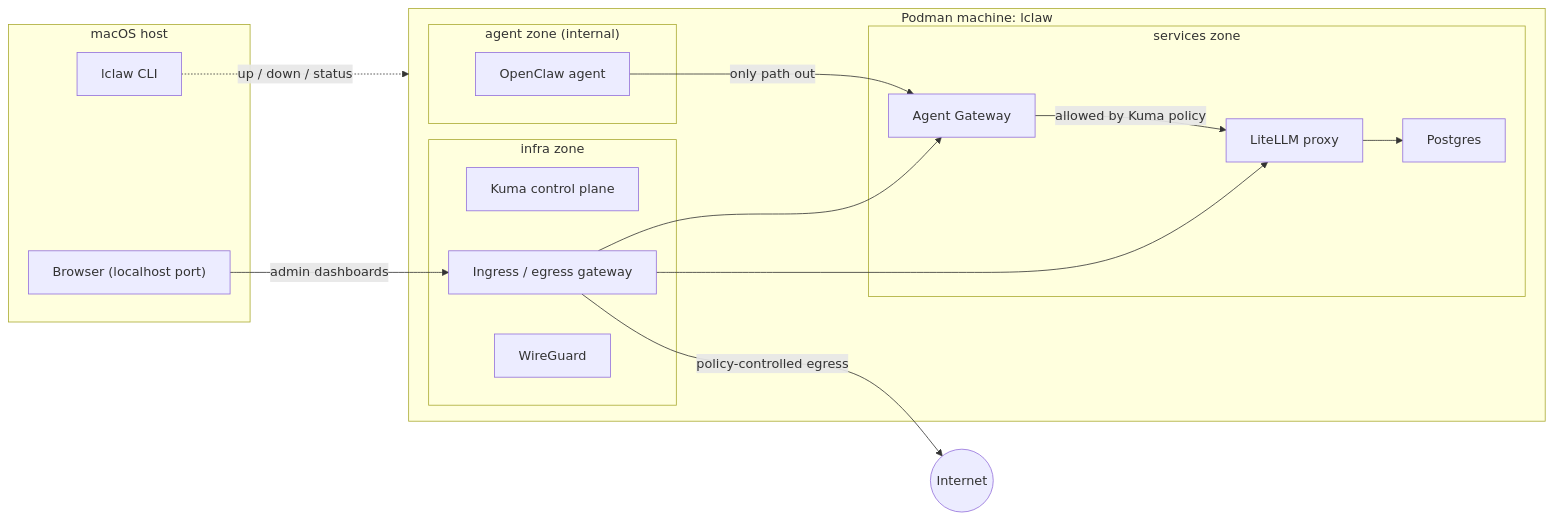
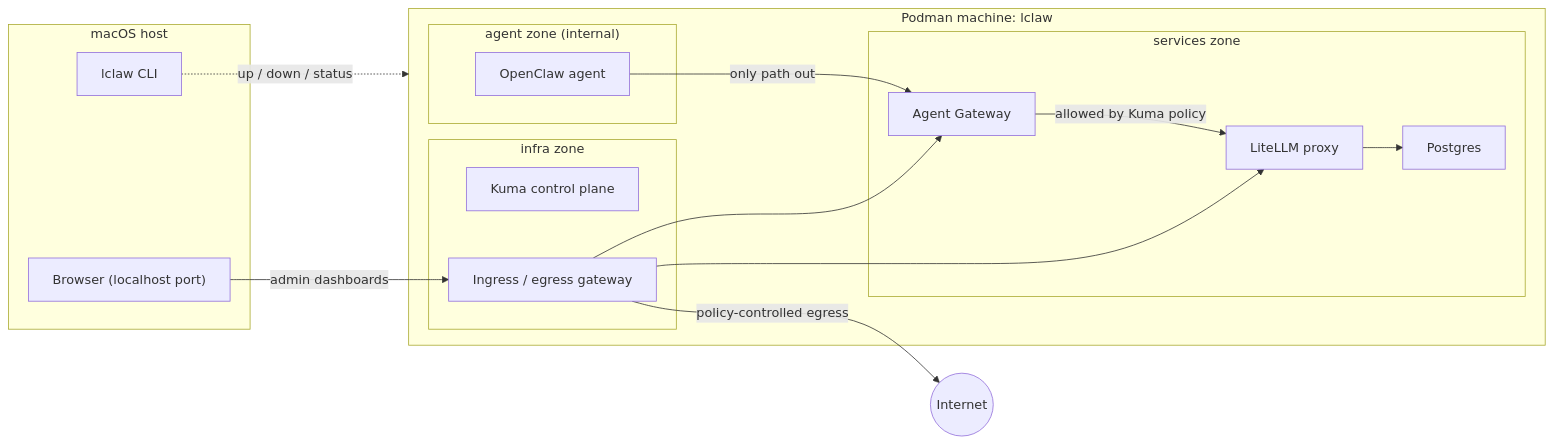
Before and after one commit to programmablemike/localclaw: the diagram in README.md, drawn with Mermaid. The commit also changed other lines of this file and 22 other files, not shown here.

````diff
--- a/README.md
+++ b/README.md
@@ -57,32 +57,31 @@
 ```mermaid
 flowchart LR
     subgraph host["macOS host"]
         lclaw["lclaw CLI"]
         browser["Browser (localhost port)"]
     end
     subgraph machine["Podman machine: lclaw"]
         subgraph infra["infra zone"]
             kuma["Kuma control plane"]
             gw["Ingress / egress gateway"]
-            wg["WireGuard"]
         end
         subgraph services["services zone"]
             litellm["LiteLLM proxy"]
             db["Postgres"]
             agw["Agent Gateway"]
         end
         subgraph agent["agent zone (internal)"]
             oc["OpenClaw agent"]
         end
     end
     internet(("Internet"))
 
     lclaw -. "up / down / status" .-> machine
     browser -- "admin dashboards" --> gw
     gw --> litellm
     gw --> agw
     litellm --> db
     oc -- "only path out" --> agw
     agw -- "allowed by Kuma policy" --> litellm
     gw -- "policy-controlled egress" --> internet
 ```
````
